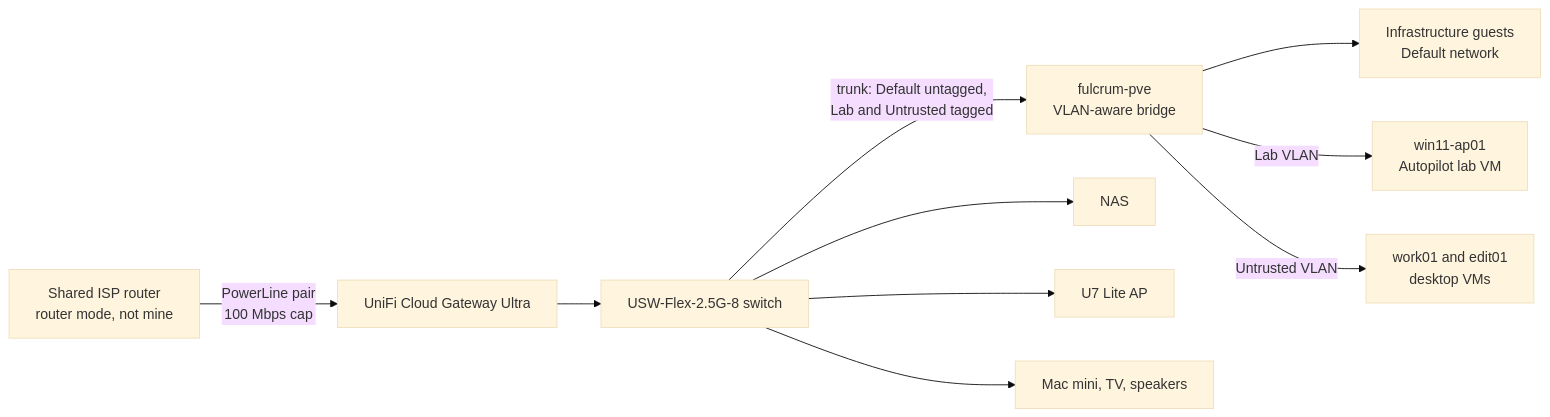
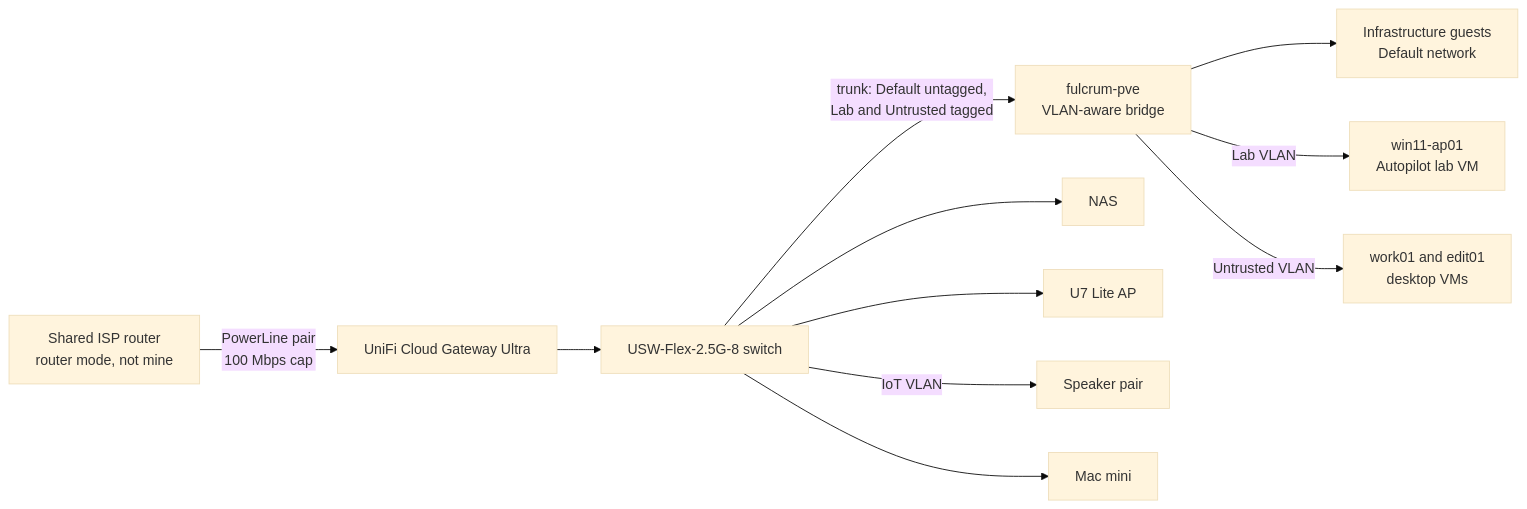
One commit to jacobollis/homelab changed the diagram in docs/networking.md. Above: the diagram before and after it, drawn with Mermaid (base theme). The commit also changed other lines of this file and 7 other files, not shown here.

````diff
--- a/docs/networking.md
+++ b/docs/networking.md
@@ -5,12 +5,13 @@
 ```mermaid
 flowchart LR
   isp["Shared ISP router<br/>router mode, not mine"] -- "PowerLine pair<br/>100 Mbps cap" --> gw["UniFi Cloud Gateway Ultra"]
   gw --> sw["USW-Flex-2.5G-8 switch"]
   sw -- "trunk: Default untagged,<br/>Lab and Untrusted tagged" --> pve["fulcrum-pve<br/>VLAN-aware bridge"]
   pve --> vms["Infrastructure guests<br/>Default network"]
   pve -- "Lab VLAN" --> lab["win11-ap01<br/>Autopilot lab VM"]
   pve -- "Untrusted VLAN" --> untr["work01 and edit01<br/>desktop VMs"]
   sw --> nas["NAS"]
   sw --> ap["U7 Lite AP"]
-  sw --> clients["Mac mini, TV, speakers"]
+  sw -- "IoT VLAN" --> sonos["Speaker pair"]
+  sw --> clients["Mac mini"]
 ```
````
